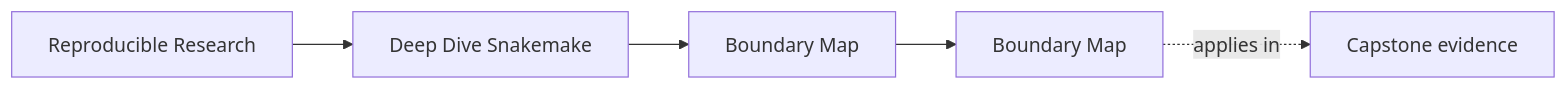
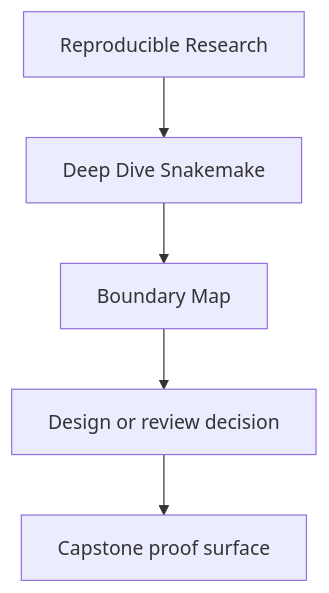
The first of 2 diagrams in programs/reproducible-research/deep-dive-snakemake/course-book/reference/boundary-map.md (bijux/bijux-masterclass), drawn with Mermaid before and after one commit. The commit also changed other lines of this file and 29 other files, not shown here.

Commit message:
docs(deep-dive-snakemake): sharpen guide and reference diagrams

````diff
--- a/programs/reproducible-research/deep-dive-snakemake/course-book/reference/boundary-map.md
+++ b/programs/reproducible-research/deep-dive-snakemake/course-book/reference/boundary-map.md
@@ -9,11 +9,7 @@
 ```mermaid
-graph LR
-  family["Reproducible Research"]
-  program["Deep Dive Snakemake"]
-  section["Boundary Map"]
-  page["Boundary Map"]
-  capstone["Capstone evidence"]
-
-  family --> program --> section --> page
-  page -.applies in.-> capstone
+flowchart TD
+  family["Reproducible Research"] --> program["Deep Dive Snakemake"]
+  program --> reference["Boundary Map"]
+  reference --> review["Design or review decision"]
+  review --> capstone["Capstone proof surface"]
 ```
````
